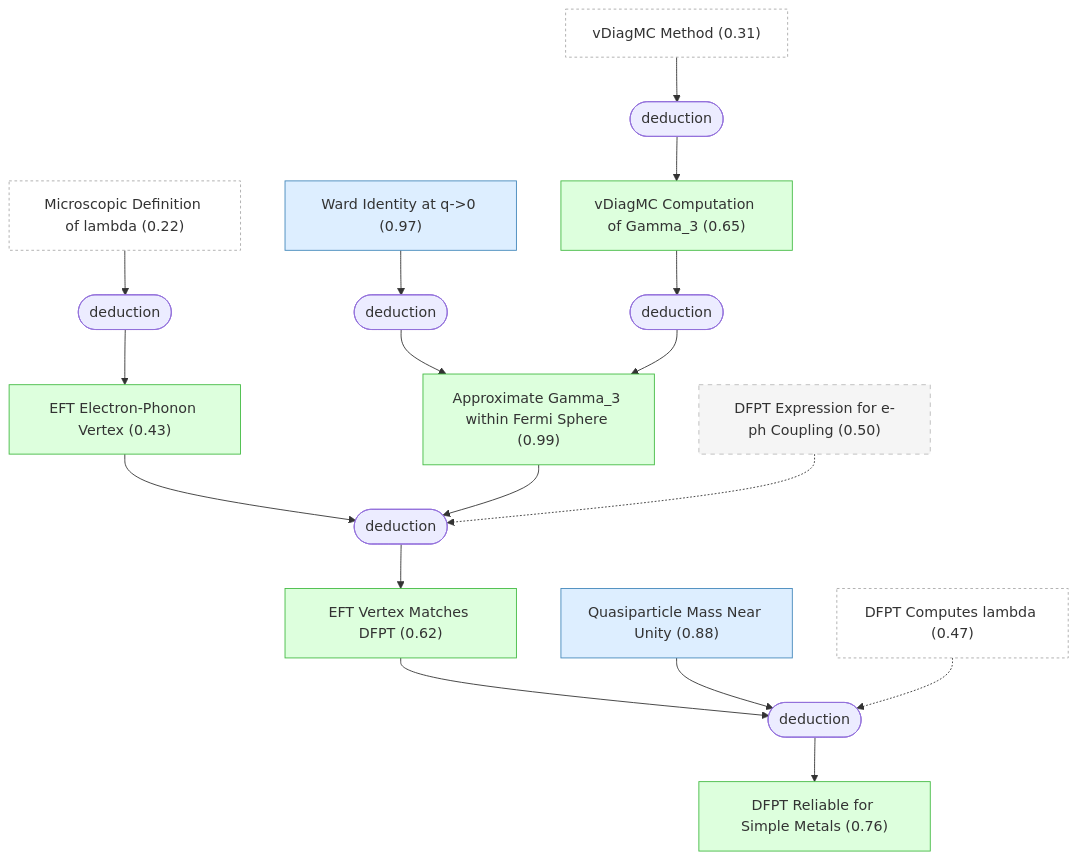
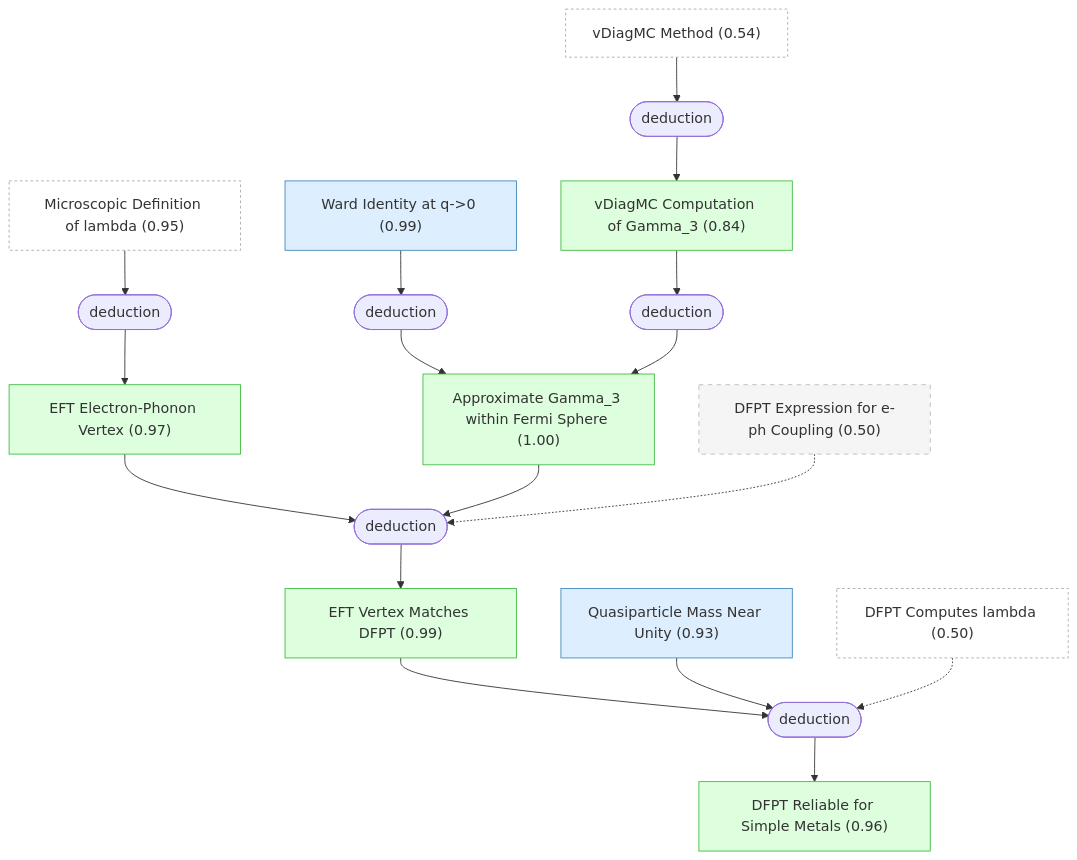
One commit to kunyuan/SuperconductivityElectronLiquids.gaia changed the fifth of 6 diagrams in docs/detailed-reasoning.md. Above: the diagram before and after it, drawn with Mermaid. The commit also changed other lines of this file and 21 other files, not shown here.

````diff
--- a/docs/detailed-reasoning.md
+++ b/docs/detailed-reasoning.md
@@ -619,46 +619,46 @@
 ```mermaid
 graph TD
-    dfpt_computes_lambda["DFPT Computes lambda (0.47)"]:::external
-    lambda_microscopic_definition["Microscopic Definition of lambda (0.22)"]:::external
-    vdiagmc_method["vDiagMC Method (0.31)"]:::external
-    ward_identity["Ward Identity at q->0 (0.97)"]:::premise
-    gamma3_vdiagmc["vDiagMC Computation of Gamma_3 (0.65)"]:::derived
+    dfpt_computes_lambda["DFPT Computes lambda (0.50)"]:::external
+    lambda_microscopic_definition["Microscopic Definition of lambda (0.95)"]:::external
+    vdiagmc_method["vDiagMC Method (0.54)"]:::external
+    ward_identity["Ward Identity at q->0 (0.99)"]:::premise
+    gamma3_vdiagmc["vDiagMC Computation of Gamma_3 (0.84)"]:::derived
     dfpt_eph_ansatz["DFPT Expression for e-ph Coupling (0.50)"]:::background
-    quasiparticle_mass_near_unity["Quasiparticle Mass Near Unity (0.88)"]:::premise
-    eft_eph_vertex["EFT Electron-Phonon Vertex (0.43)"]:::derived
-    gamma3_approximation["Approximate Gamma_3 within Fermi Sphere (0.99)"]:::derived
-    eft_vertex_matches_dfpt["EFT Vertex Matches DFPT (0.62)"]:::derived
-    dfpt_reliable_for_simple_metals["DFPT Reliable for Simple Metals (0.76)"]:::derived
+    quasiparticle_mass_near_unity["Quasiparticle Mass Near Unity (0.93)"]:::premise
+    eft_eph_vertex["EFT Electron-Phonon Vertex (0.97)"]:::derived
+    gamma3_approximation["Approximate Gamma_3 within Fermi Sphere (1.00)"]:::derived
+    eft_vertex_matches_dfpt["EFT Vertex Matches DFPT (0.99)"]:::derived
+    dfpt_reliable_for_simple_metals["DFPT Reliable for Simple Metals (0.96)"]:::derived
     strat_15(["deduction"])
     vdiagmc_method --> strat_15
     strat_15 --> gamma3_vdiagmc
     strat_16(["deduction"])
     lambda_microscopic_definition --> strat_16
     strat_16 --> eft_eph_vertex
     strat_17(["deduction"])
     ward_identity --> strat_17
     strat_17 --> gamma3_approximation
     strat_18(["deduction"])
     gamma3_vdiagmc --> strat_18
     strat_18 --> gamma3_approximation
     strat_19(["deduction"])
     eft_eph_vertex --> strat_19
     gamma3_approximation --> strat_19
     dfpt_eph_ansatz -.-> strat_19
     strat_19 --> eft_vertex_matches_dfpt
     strat_20(["deduction"])
     eft_vertex_matches_dfpt --> strat_20
     quasiparticle_mass_near_unity --> strat_20
     dfpt_computes_lambda -.-> strat_20
     strat_20 --> dfpt_reliable_for_simple_metals
 
     classDef note fill:#f0f0f0,stroke:#999,color:#333
     classDef premise fill:#ddeeff,stroke:#4488bb,color:#333
     classDef derived fill:#ddffdd,stroke:#44bb44,color:#333
     classDef question fill:#fff3dd,stroke:#cc9944,color:#333
     classDef background fill:#f5f5f5,stroke:#bbb,stroke-dasharray: 5 5,color:#333
     classDef orphan fill:#fff,stroke:#ccc,stroke-dasharray: 5 5,color:#333
     classDef external fill:#fff,stroke:#aaa,stroke-dasharray: 3 3,color:#333
     classDef weak fill:#fff9c4,stroke:#f9a825,stroke-dasharray: 5 5,color:#333
     classDef contra fill:#ffebee,stroke:#c62828,color:#333
 ```
````
